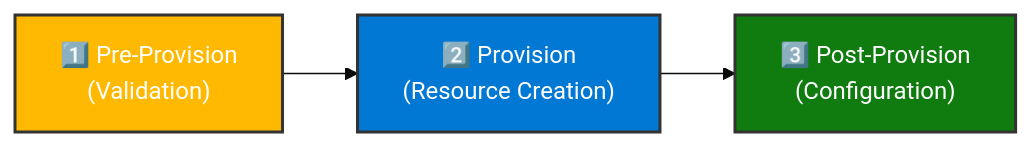
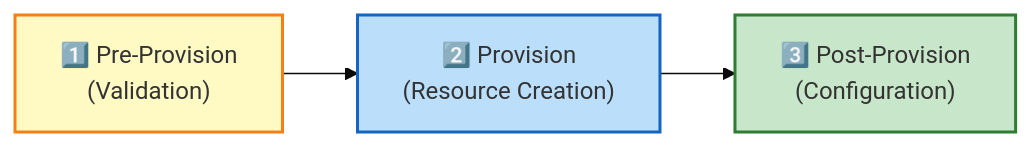
The second of 2 diagrams in README.md (Evilazaro/DevExp-DevBox), drawn with Mermaid before and after one commit. The commit also changed other lines of this file, not shown here.

Commit message:
refactor: enhance flowchart configurations and descriptions in README.md for clarity and visual consistency

````diff
--- a/README.md
+++ b/README.md
@@ -208,16 +210,16 @@
 ```mermaid
 ---
 config:
   theme: base
-  themeVariables:
-    primaryColor: "#0078D4"
-    primaryTextColor: "#fff"
 ---
 flowchart LR
+    accTitle: Deployment Phases Workflow
+    accDescr: Three-phase deployment process showing Pre-Provision validation, Resource provisioning, and Post-Provision configuration steps in sequence.
+
     A["1️⃣ Pre-Provision<br/>(Validation)"] --> B["2️⃣ Provision<br/>(Resource Creation)"]
     B --> C["3️⃣ Post-Provision<br/>(Configuration)"]
 
-    style A fill:#FFB900,stroke:#333,stroke-width:2px
-    style B fill:#0078D4,stroke:#333,stroke-width:2px,color:#fff
-    style C fill:#107C10,stroke:#333,stroke-width:2px,color:#fff
+    style A fill:#FFF9C4,stroke:#F57F17,stroke-width:2px
+    style B fill:#BBDEFB,stroke:#1565C0,stroke-width:2px
+    style C fill:#C8E6C9,stroke:#2E7D32,stroke-width:2px
 ```
````
